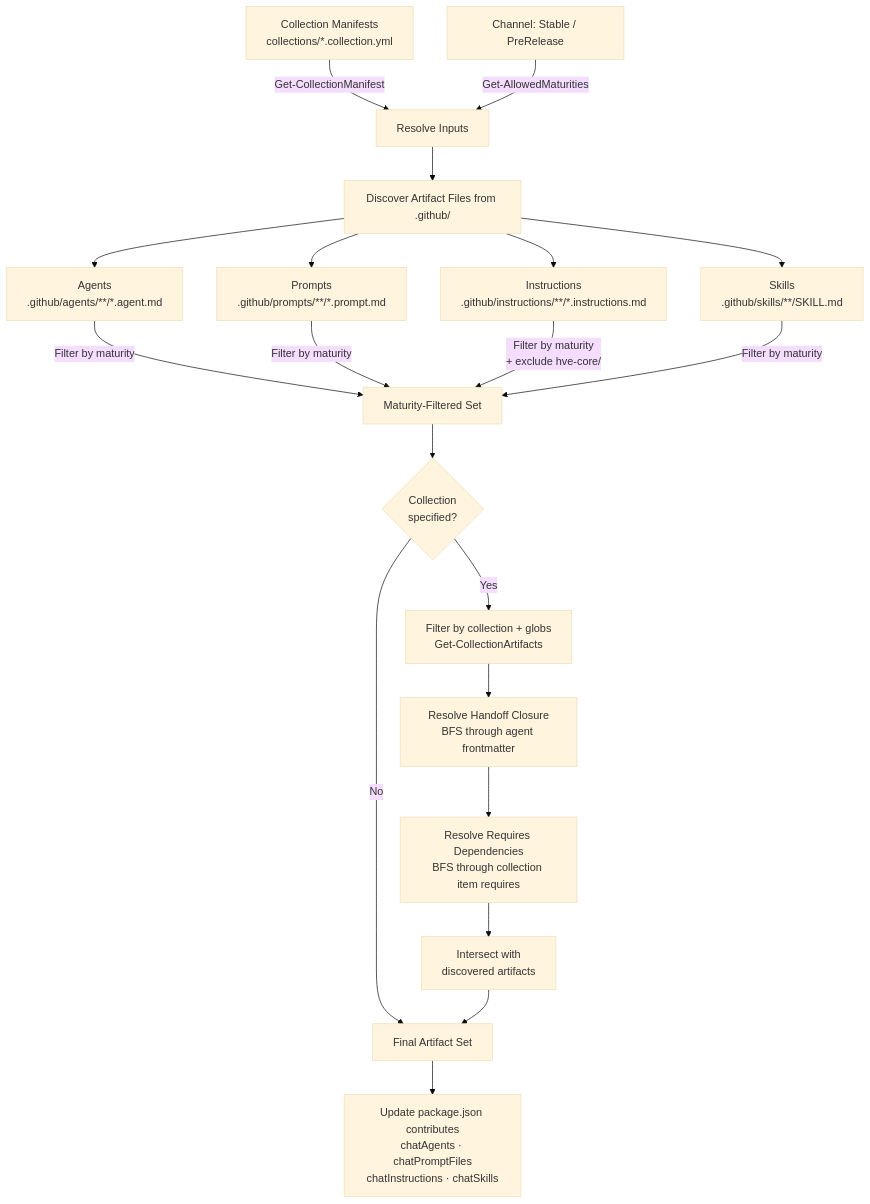
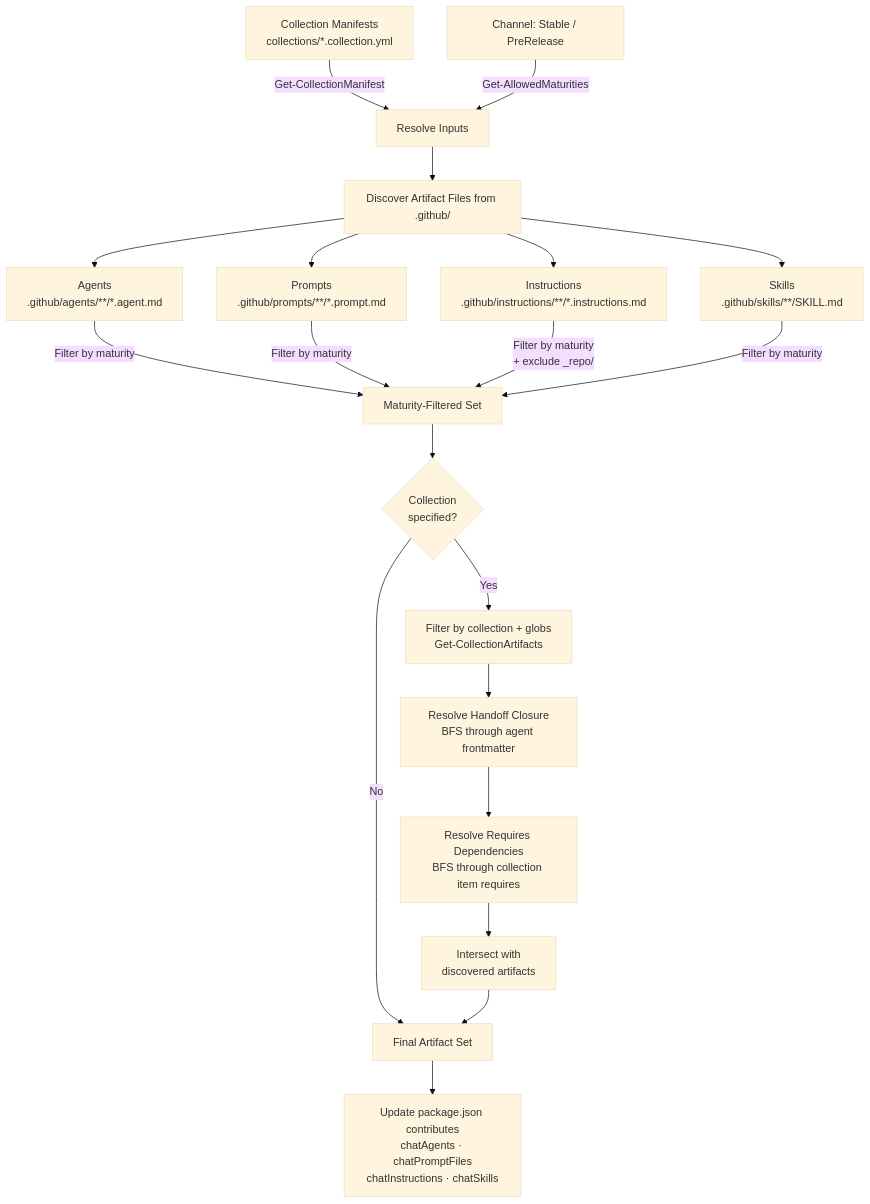
One commit to microsoft/hve-core changed the second of 4 diagrams in extension/PACKAGING.md. Above: the diagram before and after it, drawn with Mermaid (base theme). The commit also changed other lines of this file and 154 other files, not shown here.

First line of the commit message:
refactor!: restructure rpi collection to hve-core naming

````diff
--- a/extension/PACKAGING.md
+++ b/extension/PACKAGING.md
@@ -89,27 +89,27 @@
 ```mermaid
 flowchart TB
     CM["Collection Manifests<br/>collections/*.collection.yml"] -->|Get-CollectionManifest| INPUTS
     CH[Channel: Stable / PreRelease] -->|Get-AllowedMaturities| INPUTS
 
     INPUTS[Resolve Inputs] --> DISC[Discover Artifact Files from .github/]
 
     DISC --> AG["Agents<br/>.github/agents/**/*.agent.md"]
     DISC --> PR["Prompts<br/>.github/prompts/**/*.prompt.md"]
     DISC --> IN["Instructions<br/>.github/instructions/**/*.instructions.md"]
     DISC --> SK["Skills<br/>.github/skills/**/SKILL.md"]
 
     AG -->|Filter by maturity| FM[Maturity-Filtered Set]
     PR -->|Filter by maturity| FM
-    IN -->|"Filter by maturity<br/>+ exclude hve-core/"| FM
+    IN -->|"Filter by maturity<br/>+ exclude _repo/"| FM
     SK -->|Filter by maturity| FM
 
     FM --> CF{"Collection<br/>specified?"}
     CF -->|No| FINAL[Final Artifact Set]
     CF -->|Yes| PA["Filter by collection + globs<br/>Get-CollectionArtifacts"]
     PA --> HD["Resolve Handoff Closure<br/>BFS through agent frontmatter"]
     HD --> RD["Resolve Requires Dependencies<br/>BFS through collection item requires"]
     RD --> INT["Intersect with<br/>discovered artifacts"]
     INT --> FINAL
 
     FINAL --> UPD["Update package.json contributes<br/>chatAgents · chatPromptFiles<br/>chatInstructions · chatSkills"]
 ```
````
